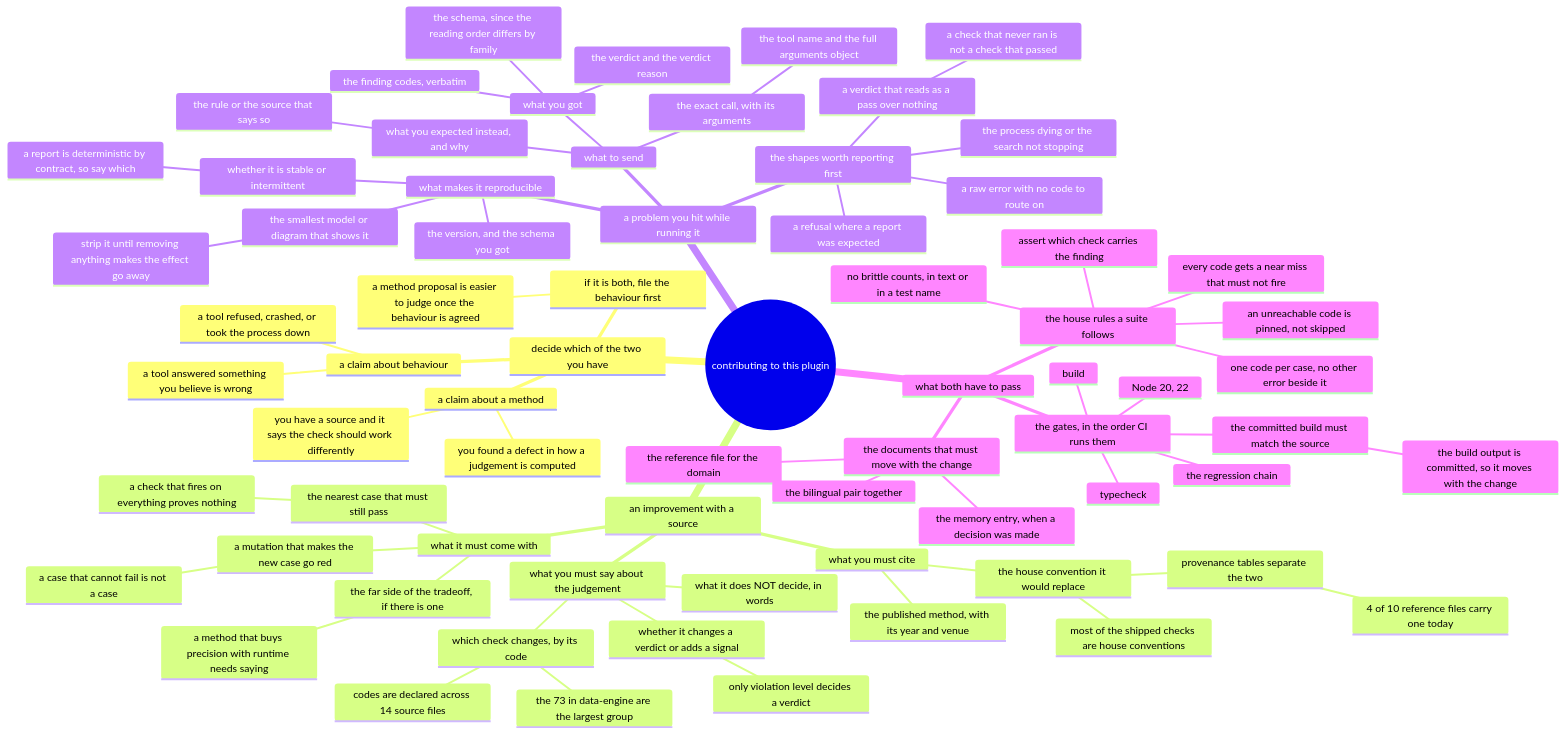
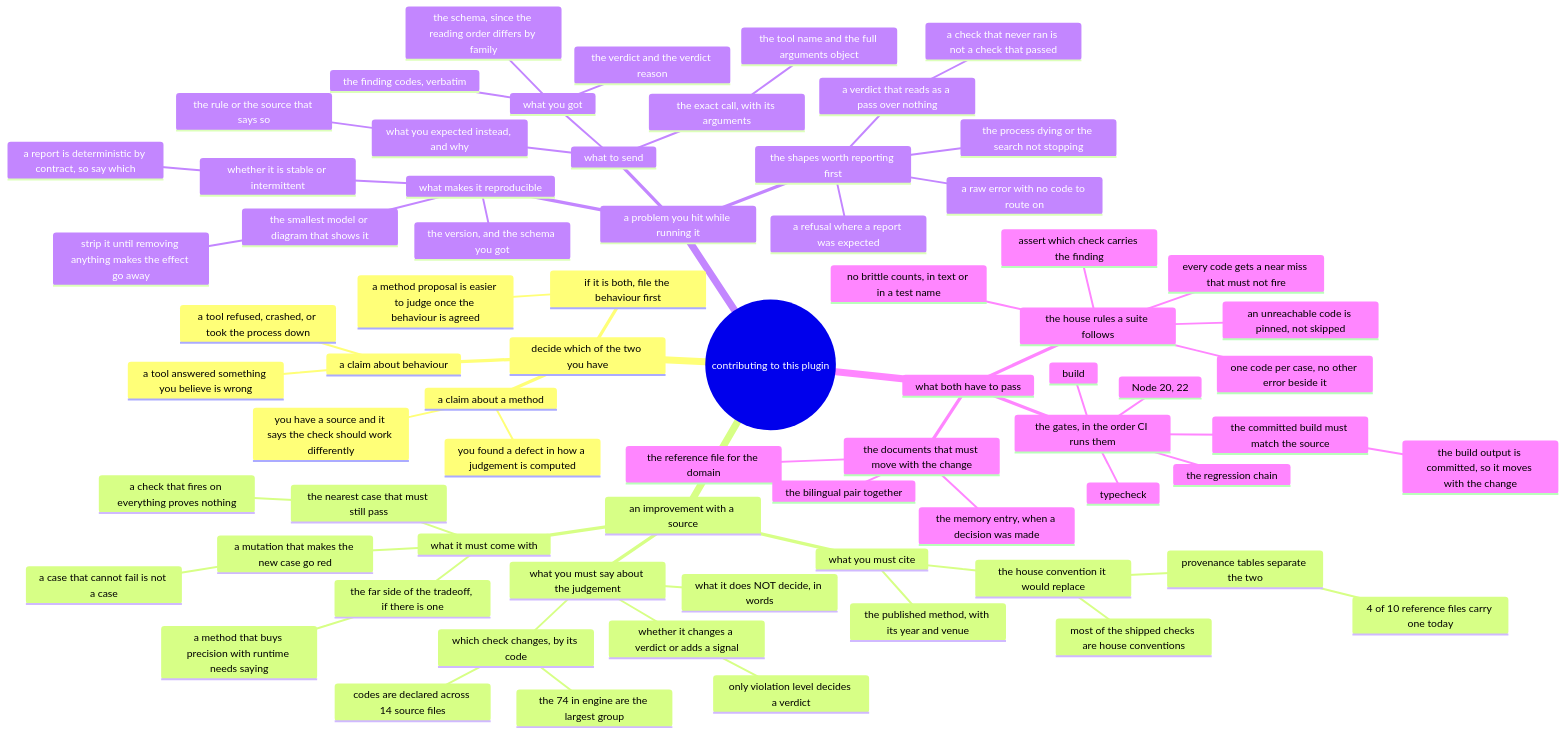
The diagram in docs/contributing/mindmap.mmd (AmethystLuna/dsh-model-everything), drawn with Mermaid before and after one commit. The commit also changed 4 other files, not shown here.

```diff
--- a/docs/contributing/mindmap.mmd
+++ b/docs/contributing/mindmap.mmd
@@ -1,72 +1,72 @@
 mindmap
 root((contributing to this plugin))
   decide which of the two you have
     a claim about a method
       you have a source and it says the check should work differently
       you found a defect in how a judgement is computed
     a claim about behaviour
       a tool answered something you believe is wrong
       a tool refused, crashed, or took the process down
     if it is both, file the behaviour first
       a method proposal is easier to judge once the behaviour is agreed
   an improvement with a source
     what you must cite
       the published method, with its year and venue
       the house convention it would replace
         provenance tables separate the two
           4 of 10 reference files carry one today
         most of the shipped checks are house conventions
     what you must say about the judgement
       which check changes, by its code
         codes are declared across 14 source files
-        the 73 in data-engine are the largest group
+        the 74 in engine are the largest group
       whether it changes a verdict or adds a signal
         only violation level decides a verdict
       what it does NOT decide, in words
     what it must come with
       the nearest case that must still pass
         a check that fires on everything proves nothing
       a mutation that makes the new case go red
         a case that cannot fail is not a case
       the far side of the tradeoff, if there is one
         a method that buys precision with runtime needs saying
   a problem you hit while running it
     what to send
       the exact call, with its arguments
         the tool name and the full arguments object
       what you got
         the verdict and the verdict reason
         the finding codes, verbatim
         the schema, since the reading order differs by family
       what you expected instead, and why
         the rule or the source that says so
     the shapes worth reporting first
       a verdict that reads as a pass over nothing
         a check that never ran is not a check that passed
       a refusal where a report was expected
       a raw error with no code to route on
       the process dying or the search not stopping
     what makes it reproducible
       the smallest model or diagram that shows it
         strip it until removing anything makes the effect go away
       the version, and the schema you got
       whether it is stable or intermittent
         a report is deterministic by contract, so say which
   what both have to pass
     the gates, in the order CI runs them
       Node 20, 22
       typecheck
       build
       the regression chain
       the committed build must match the source
         the build output is committed, so it moves with the change
     the house rules a suite follows
       one code per case, no other error beside it
       assert which check carries the finding
       every code gets a near miss that must not fire
       an unreachable code is pinned, not skipped
       no brittle counts, in text or in a test name
     the documents that must move with the change
       the reference file for the domain
       the memory entry, when a decision was made
       the bilingual pair together
```
